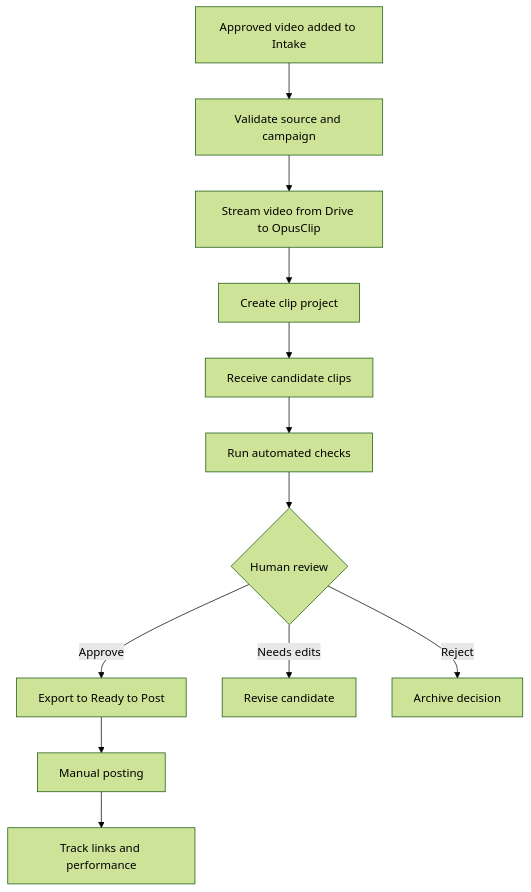
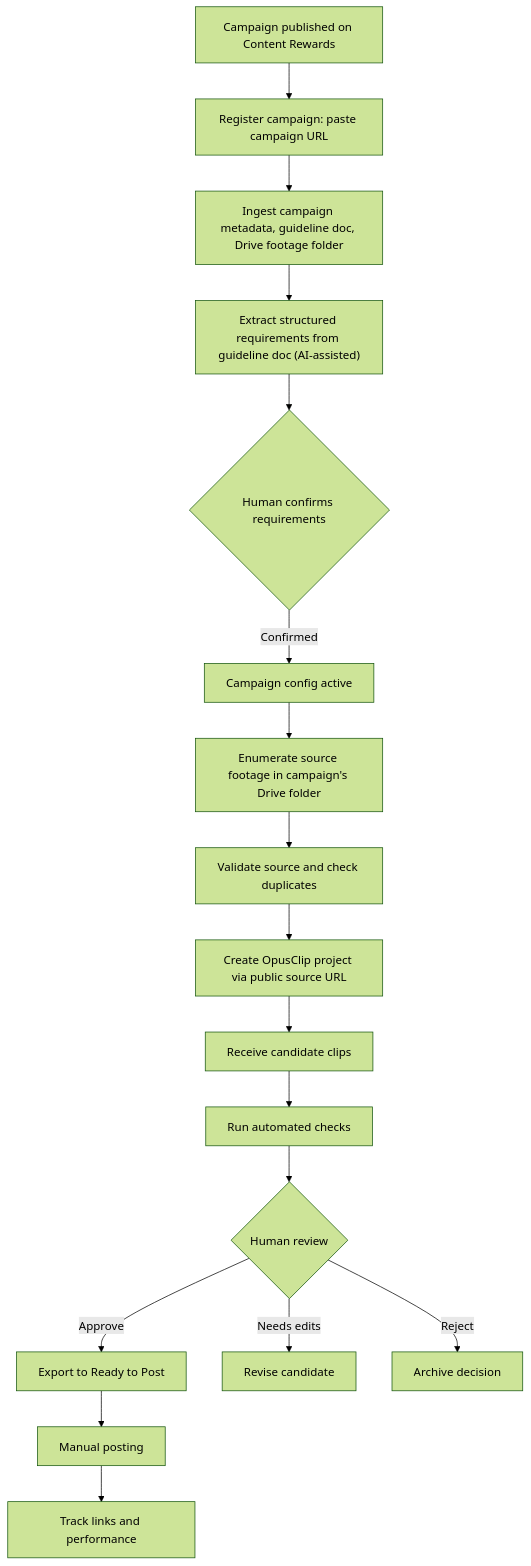
The first of 2 diagrams in README.md (misterhedrick/clipper), drawn with Mermaid (forest theme) before and after one commit. The commit also changed other lines of this file and 5 other files, not shown here.

First line of the commit message:
Rework spec around Content Rewards sourcing and add build-ready docs

````diff
--- a/README.md
+++ b/README.md
@@ -25,14 +36,19 @@
 ```mermaid
 flowchart TD
-  A["Approved video added to Intake"] --> B["Validate source and campaign"]
-  B --> C["Stream video from Drive to OpusClip"]
-  C --> D["Create clip project"]
-  D --> E["Receive candidate clips"]
-  E --> F["Run automated checks"]
-  F --> G{"Human review"}
-  G -->|Approve| H["Export to Ready to Post"]
-  G -->|Needs edits| I["Revise candidate"]
-  G -->|Reject| J["Archive decision"]
-  H --> K["Manual posting"]
-  K --> L["Track links and performance"]
+  A["Campaign published on Content Rewards"] --> B["Register campaign: paste campaign URL"]
+  B --> C["Ingest campaign metadata, guideline doc, Drive footage folder"]
+  C --> D["Extract structured requirements from guideline doc (AI-assisted)"]
+  D --> E{"Human confirms requirements"}
+  E -->|Confirmed| F["Campaign config active"]
+  F --> G["Enumerate source footage in campaign's Drive folder"]
+  G --> H["Validate source and check duplicates"]
+  H --> I["Create OpusClip project via public source URL"]
+  I --> J["Receive candidate clips"]
+  J --> K["Run automated checks"]
+  K --> L{"Human review"}
+  L -->|Approve| M["Export to Ready to Post"]
+  L -->|Needs edits| N["Revise candidate"]
+  L -->|Reject| O["Archive decision"]
+  M --> P["Manual posting"]
+  P --> Q["Track links and performance"]
 ```
````
